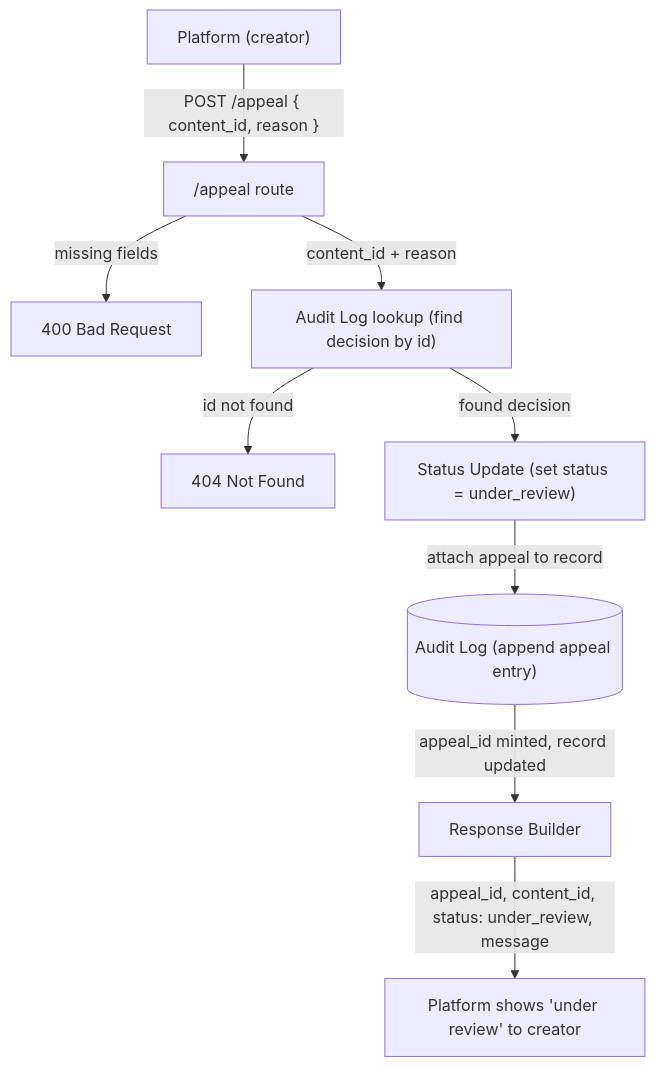
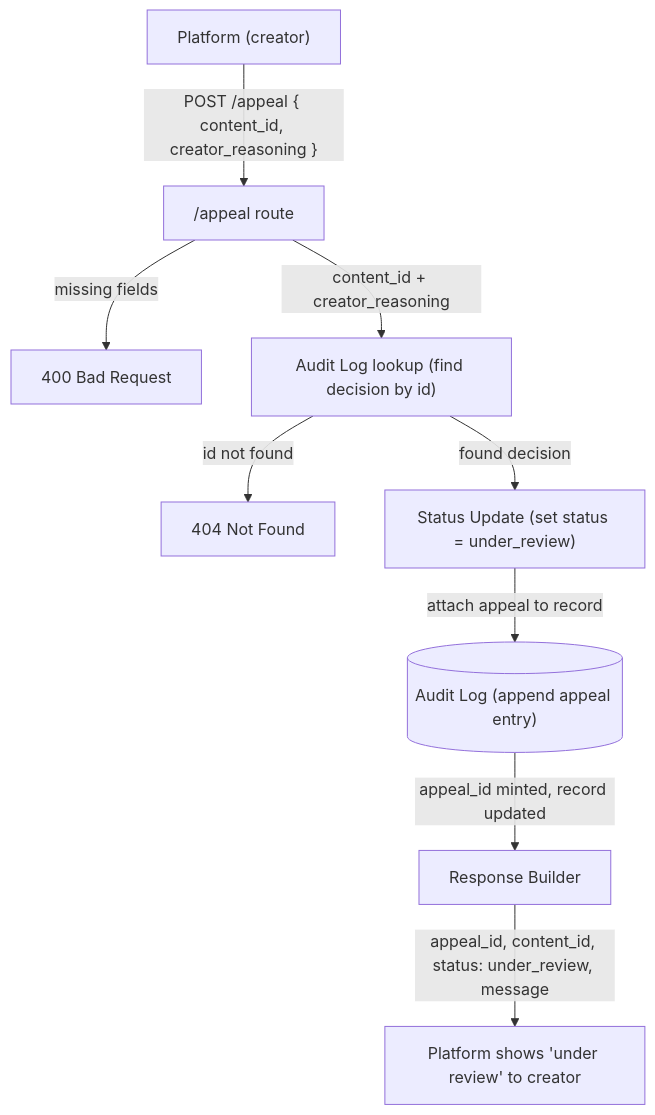
The second of 2 diagrams in planning.md (linneacastro/ai201-project4-provenance-guard), drawn with Mermaid before and after one commit. The commit also changed other lines of this file and 7 other files, not shown here.

Commit message:
Milestone 5: transparency labels, appeals, rate limiting, complete audit log

````diff
--- a/planning.md
+++ b/planning.md
@@ -179,11 +179,11 @@
 ```mermaid
 flowchart TD
-    P["Platform (creator)"] -->|"POST /appeal { content_id, reason }"| A["/appeal route"]
+    P["Platform (creator)"] -->|"POST /appeal { content_id, creator_reasoning }"| A["/appeal route"]
     A -->|"missing fields"| E400["400 Bad Request"]
-    A -->|"content_id + reason"| L["Audit Log lookup (find decision by id)"]
+    A -->|"content_id + creator_reasoning"| L["Audit Log lookup (find decision by id)"]
     L -->|"id not found"| E404["404 Not Found"]
     L -->|"found decision"| SU["Status Update (set status = under_review)"]
     SU -->|"attach appeal to record"| AL[("Audit Log (append appeal entry)")]
     AL -->|"appeal_id minted, record updated"| RB["Response Builder"]
     RB -->|"appeal_id, content_id, status: under_review, message"| RESP["Platform shows 'under review' to creator"]
 ```
````
